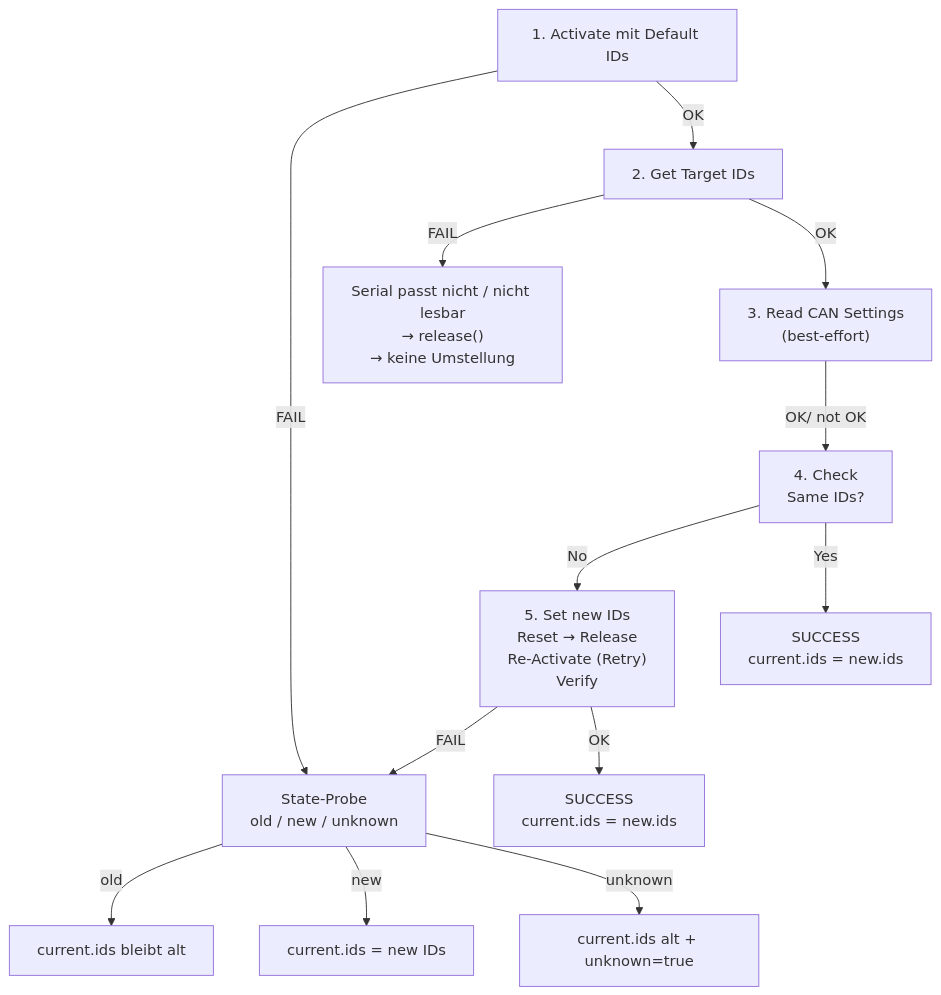
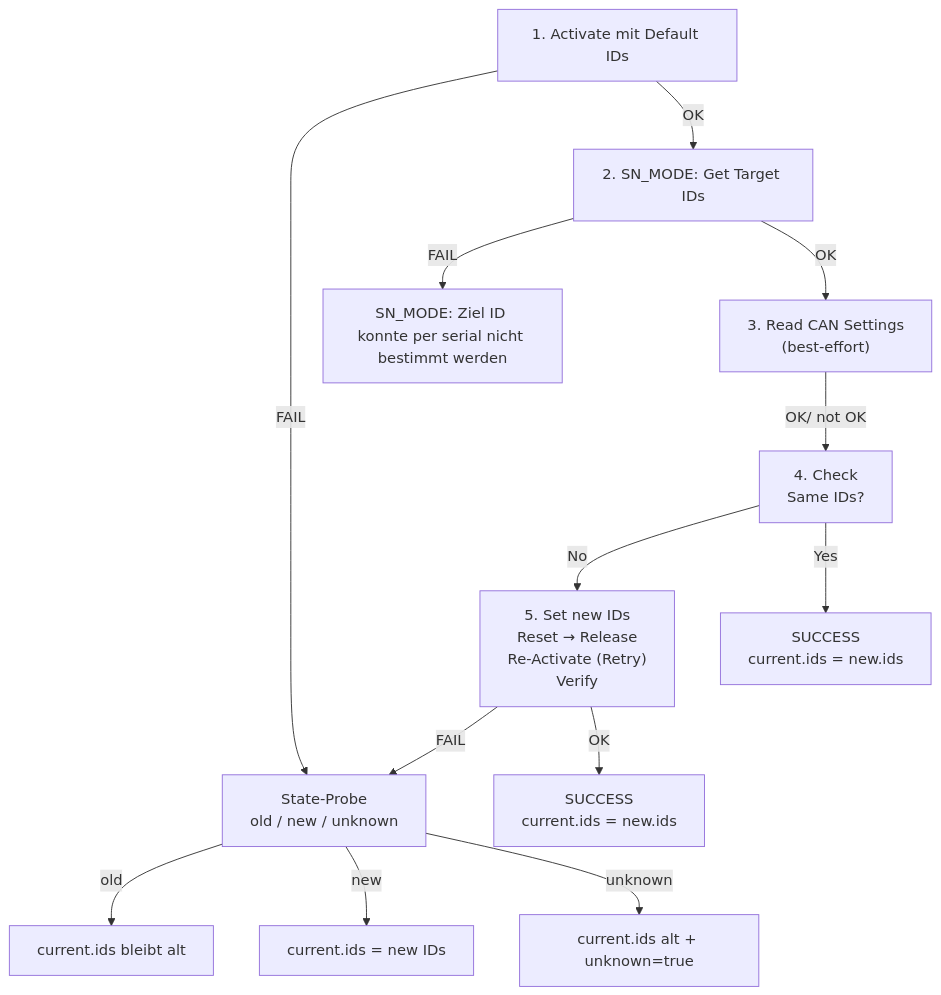
One commit to me-systeme/StartupCAN changed diagram 13 of 35 in README.md. Above: the diagram before and after it, drawn with Mermaid. The commit also changed other lines of this file and 2 other files, not shown here.

````diff
--- a/README.md
+++ b/README.md
@@ -326,23 +326,23 @@
 ```mermaid
 flowchart TD
   B["1. Activate mit Default IDs"]
 
   B -->|FAIL| P
-  B -->|OK| D["2. Get Target IDs"]
+  B -->|OK| D["2. SN_MODE: Get Target IDs"]
   
-  D -->|FAIL| F2["Serial passt nicht / nicht lesbar<br/>→ release()<br/>→ keine Umstellung"]
+  D -->|FAIL| F2[" SN_MODE: Ziel ID konnte per serial nicht bestimmt werden"]
   D -->|OK| E["3. Read CAN Settings<br/>(best-effort)"]
 
   E -->|OK/ not OK| F["4. Check <br/>Same IDs?"]
   
   F -->|No| G["5. Set new IDs<br/>Reset → Release<br/>Re-Activate (Retry)<br/>Verify"]
   F -->|Yes| F3["SUCCESS<br/>current.ids = new.ids"]
   
   G -->|FAIL| P["State-Probe<br/>old / new / unknown"]
   G -->|OK| S["SUCCESS<br/>current.ids = new.ids"]
 
   P -->|old| O["current.ids bleibt alt"]
   P -->|new| N["current.ids = new IDs"]
   P -->|unknown| U["current.ids alt + unknown=true"]
 
 ``` 
````
